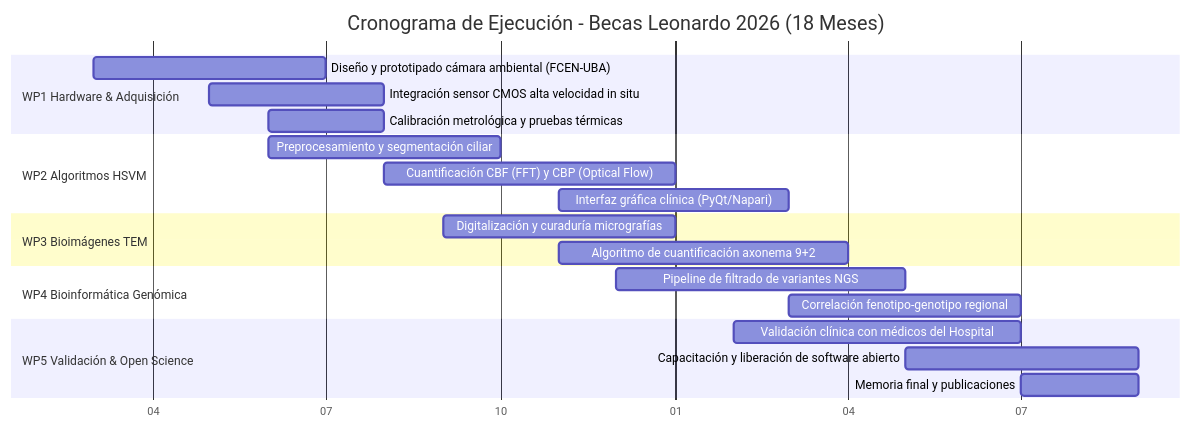
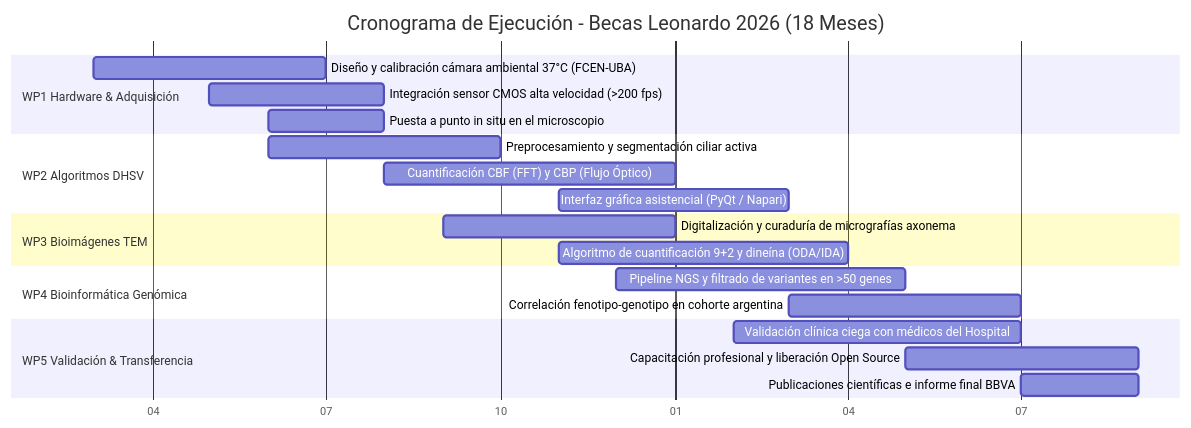
Before and after one commit to acorbat/leonardo: the diagram in MEMORIA_TECNICA.md, drawn with Mermaid. The commit also changed other lines of this file and 1 other file, not shown here.

````diff
--- a/MEMORIA_TECNICA.md
+++ b/MEMORIA_TECNICA.md
@@ -84,24 +84,24 @@
 ```mermaid
 gantt
     title Cronograma de Ejecución - Becas Leonardo 2026 (18 Meses)
     dateFormat  YYYY-MM
     axisFormat  %m
     section WP1 Hardware & Adquisición
-    Diseño y prototipado cámara ambiental (FCEN-UBA) :2027-03, 4M
-    Integración sensor CMOS alta velocidad in situ    :2027-05, 3M
-    Calibración metrológica y pruebas térmicas        :2027-06, 2M
-    section WP2 Algoritmos HSVM
-    Preprocesamiento y segmentación ciliar            :2027-06, 4M
-    Cuantificación CBF (FFT) y CBP (Optical Flow)     :2027-08, 5M
-    Interfaz gráfica clínica (PyQt/Napari)            :2027-11, 4M
+    Diseño y calibración cámara ambiental 37°C (FCEN-UBA): 2027-03, 4M
+    Integración sensor CMOS alta velocidad (>200 fps)  : 2027-05, 3M
+    Puesta a punto in situ en el microscopio            : 2027-06, 2M
+    section WP2 Algoritmos DHSV
+    Preprocesamiento y segmentación ciliar activa       : 2027-06, 4M
+    Cuantificación CBF (FFT) y CBP (Flujo Óptico)      : 2027-08, 5M
+    Interfaz gráfica asistencial (PyQt / Napari)        : 2027-11, 4M
     section WP3 Bioimágenes TEM
-    Digitalización y curaduría micrografías           :2027-09, 4M
-    Algoritmo de cuantificación axonema 9+2           :2027-11, 5M
+    Digitalización y curaduría de micrografías axonema  : 2027-09, 4M
+    Algoritmo de cuantificación 9+2 y dineína (ODA/IDA) : 2027-11, 5M
     section WP4 Bioinformática Genómica
-    Pipeline de filtrado de variantes NGS             :2027-12, 5M
-    Correlación fenotipo-genotipo regional            :2028-03, 4M
-    section WP5 Validación & Open Science
-    Validación clínica con médicos del Hospital       :2028-02, 5M
-    Capacitación y liberación de software abierto     :2028-05, 4M
-    Memoria final y publicaciones                     :2028-07, 2M
+    Pipeline NGS y filtrado de variantes en >50 genes   : 2027-12, 5M
+    Correlación fenotipo-genotipo en cohorte argentina  : 2028-03, 4M
+    section WP5 Validación & Transferencia
+    Validación clínica ciega con médicos del Hospital   : 2028-02, 5M
+    Capacitación profesional y liberación Open Source   : 2028-05, 4M
+    Publicaciones científicas e informe final BBVA      : 2028-07, 2M
 ```
````
